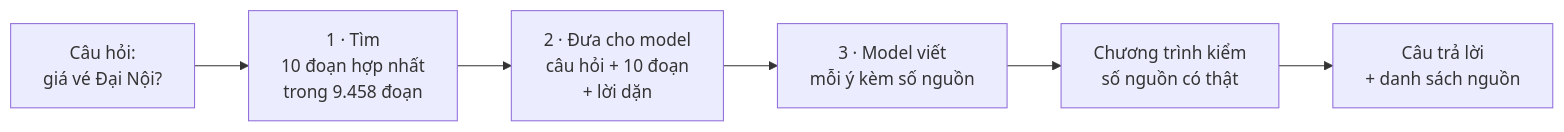
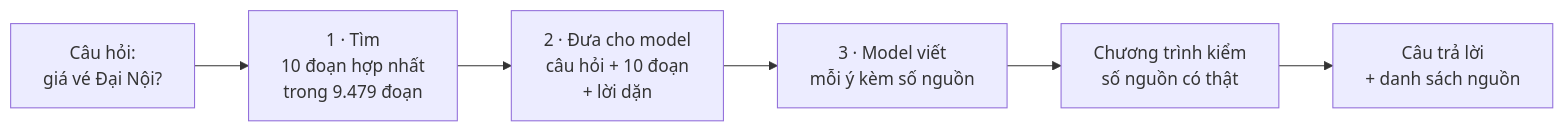
Before and after one commit to Sunny-sunnyy/chatbot-hue: the diagram in bai_hoc/giao_trinh/02_RAG_LA_GI.md, drawn with Mermaid. The commit also changed other lines of this file and 33 other files, not shown here.

````diff
--- a/bai_hoc/giao_trinh/02_RAG_LA_GI.md
+++ b/bai_hoc/giao_trinh/02_RAG_LA_GI.md
@@ -41,8 +41,8 @@
 ```mermaid
 flowchart LR
-  A["Câu hỏi:<br/>giá vé Đại Nội?"] --> B["1 · Tìm<br/>10 đoạn hợp nhất<br/>trong 9.458 đoạn"]
+  A["Câu hỏi:<br/>giá vé Đại Nội?"] --> B["1 · Tìm<br/>10 đoạn hợp nhất<br/>trong 9.479 đoạn"]
   B --> C["2 · Đưa cho model<br/>câu hỏi + 10 đoạn<br/>+ lời dặn"]
   C --> D["3 · Model viết<br/>mỗi ý kèm số nguồn"]
   D --> E["Chương trình kiểm<br/>số nguồn có thật"]
   E --> F["Câu trả lời<br/>+ danh sách nguồn"]
 ```
````
